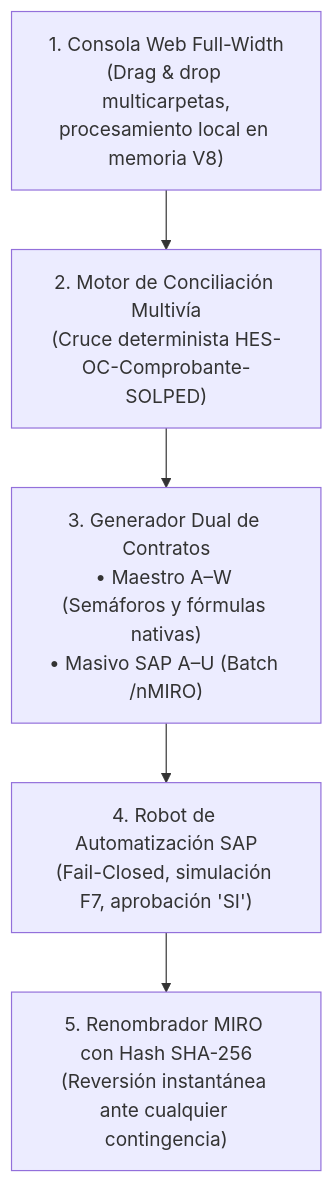
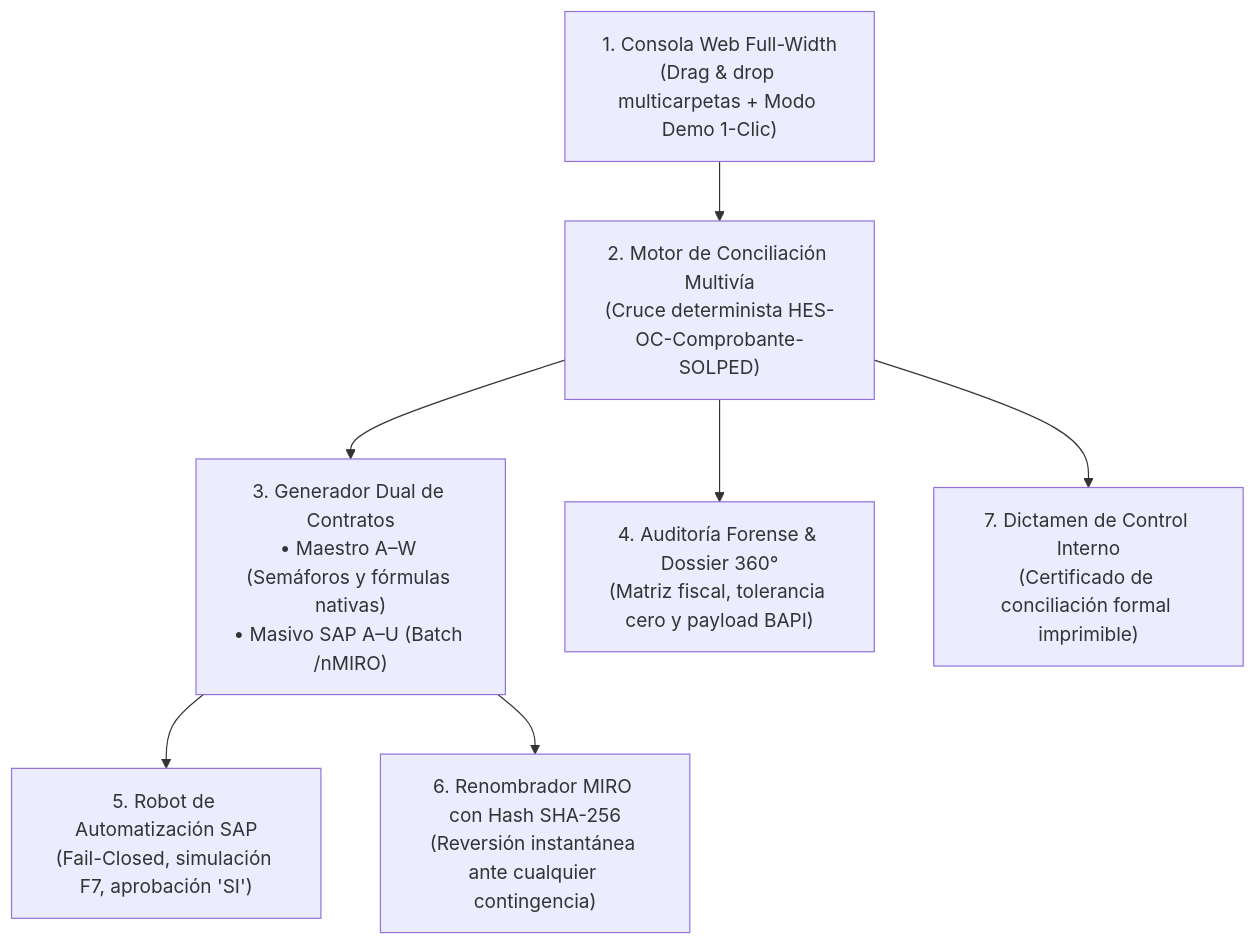
The diagram in docs/notion-case-study.md (LuisRomero20/CaleraReport), drawn with Mermaid before and after one commit. The commit also changed other lines of this file and 1 other file, not shown here.

Commit message:
docs: document flagship innovations, demo 1-clic, dossier 360, and audit certificate

````diff
--- a/docs/notion-case-study.md
+++ b/docs/notion-case-study.md
@@ -38,7 +42,9 @@
 ```mermaid
 graph TD
-    A["1. Consola Web Full-Width\n(Drag & drop multicarpetas,\nprocesamiento local en memoria V8)"] --> B["2. Motor de Conciliación Multivía\n(Cruce determinista HES-OC-Comprobante-SOLPED)"]
+    A["1. Consola Web Full-Width\n(Drag & drop multicarpetas + Modo Demo 1-Clic)"] --> B["2. Motor de Conciliación Multivía\n(Cruce determinista HES-OC-Comprobante-SOLPED)"]
     B --> C["3. Generador Dual de Contratos\n• Maestro A–W (Semáforos y fórmulas nativas)\n• Masivo SAP A–U (Batch /nMIRO)"]
-    C --> D["4. Robot de Automatización SAP\n(Fail-Closed, simulación F7, aprobación 'SI')"]
-    D --> E["5. Renombrador MIRO con Hash SHA-256\n(Reversión instantánea ante cualquier contingencia)"]
+    B --> D["4. Auditoría Forense & Dossier 360°\n(Matriz fiscal, tolerancia cero y payload BAPI)"]
+    C --> E["5. Robot de Automatización SAP\n(Fail-Closed, simulación F7, aprobación 'SI')"]
+    C --> F["6. Renombrador MIRO con Hash SHA-256\n(Reversión instantánea ante cualquier contingencia)"]
+    B --> G["7. Dictamen de Control Interno\n(Certificado de conciliación formal imprimible)"]
 ```
````
